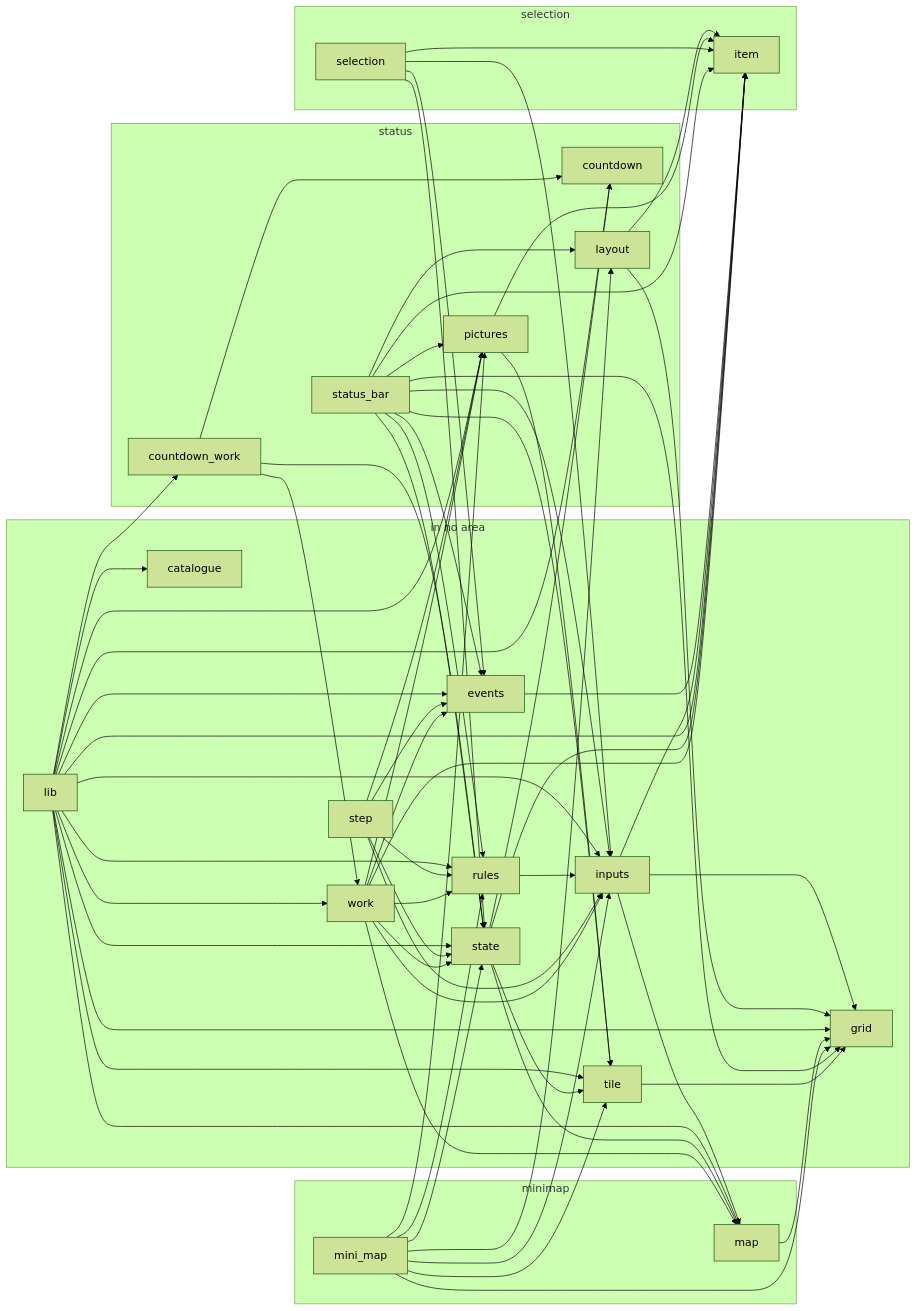
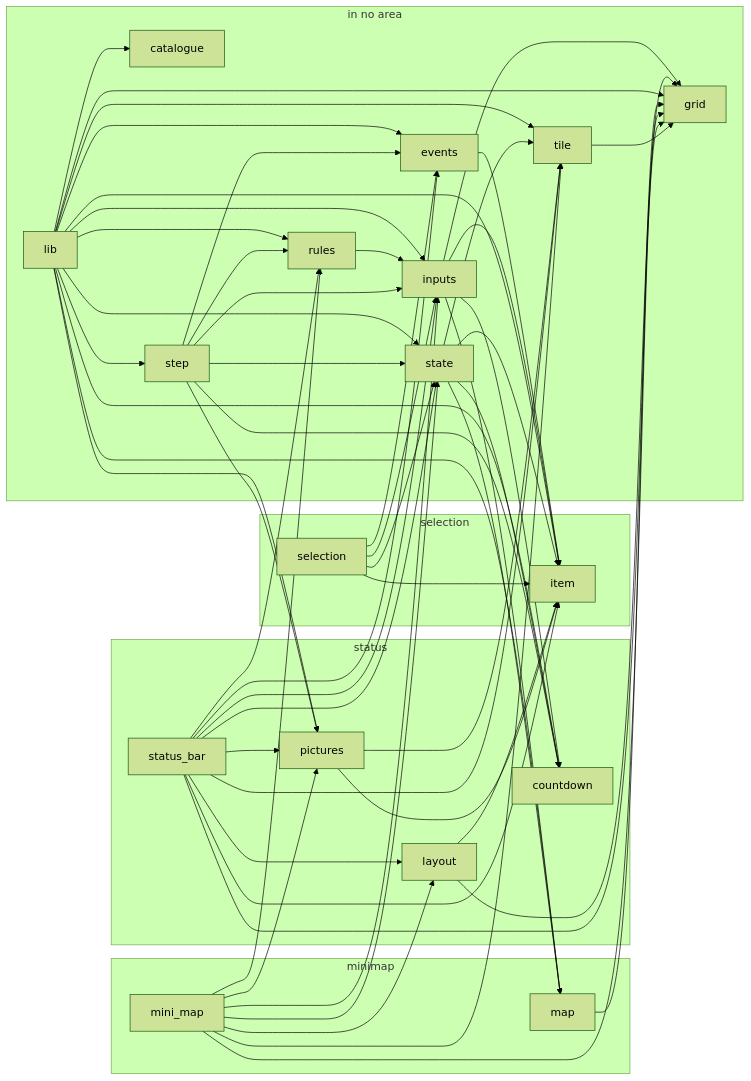
The ninth of 18 diagrams in docs/REPORT.md (JimLundin/sm-decomp), drawn with Mermaid (forest theme) before and after one commit. The commit also changed other lines of this file and 37 other files, not shown here.

````diff
--- a/docs/REPORT.md
+++ b/docs/REPORT.md
@@ -1648,7 +1609,6 @@
     m_state["state"]
     m_step["step"]
     m_tile["tile"]
-    m_work["work"]
   end
   subgraph a_minimap["minimap"]
     m_map["map"]
@@ -1660,15 +1620,12 @@
   end
   subgraph a_status["status"]
     m_countdown["countdown"]
-    m_countdown_work["countdown_work"]
     m_layout["layout"]
     m_pictures["pictures"]
     m_status_bar["status_bar"]
   end
-  m_countdown_work --> m_countdown
-  m_countdown_work --> m_state
-  m_countdown_work --> m_work
   m_events --> m_item
+  m_inputs --> m_countdown
   m_inputs --> m_grid
   m_inputs --> m_item
   m_inputs --> m_map
@@ -1676,7 +1633,6 @@
   m_layout --> m_item
   m_lib --> m_catalogue
   m_lib --> m_countdown
-  m_lib --> m_countdown_work
   m_lib --> m_events
   m_lib --> m_grid
   m_lib --> m_inputs
@@ -1685,8 +1641,8 @@
   m_lib --> m_pictures
   m_lib --> m_rules
   m_lib --> m_state
+  m_lib --> m_step
   m_lib --> m_tile
-  m_lib --> m_work
   m_map --> m_grid
   m_mini_map --> m_grid
   m_mini_map --> m_inputs
@@ -1715,17 +1671,11 @@
   m_status_bar --> m_rules
   m_status_bar --> m_state
   m_status_bar --> m_tile
+  m_step --> m_countdown
   m_step --> m_events
   m_step --> m_inputs
   m_step --> m_pictures
   m_step --> m_rules
   m_step --> m_state
   m_tile --> m_grid
-  m_work --> m_events
-  m_work --> m_inputs
-  m_work --> m_item
-  m_work --> m_map
-  m_work --> m_pictures
-  m_work --> m_rules
-  m_work --> m_state
 ```
````
